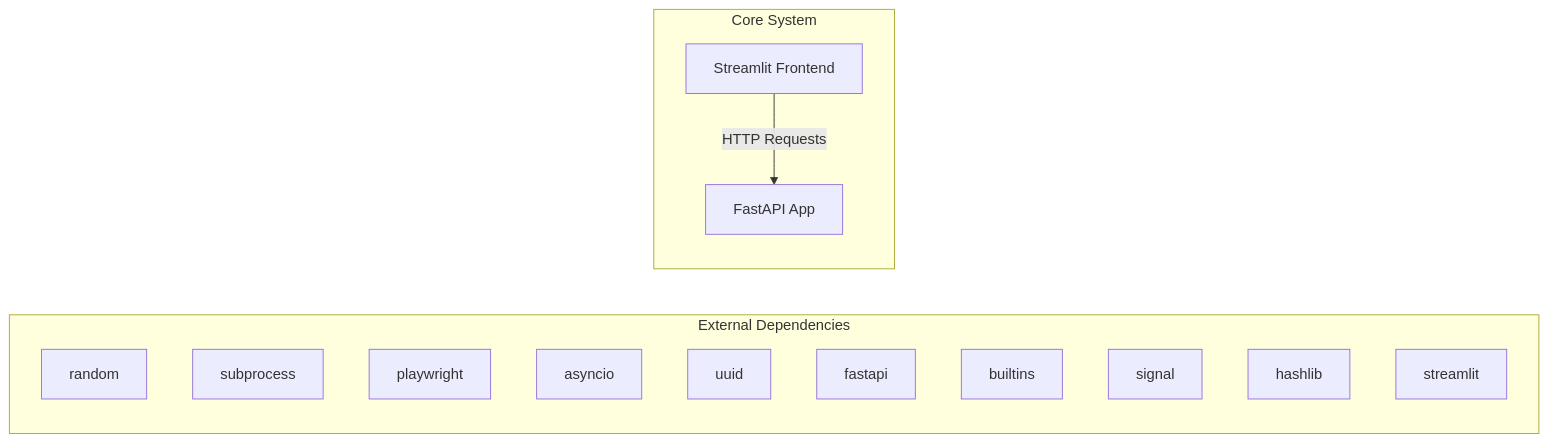
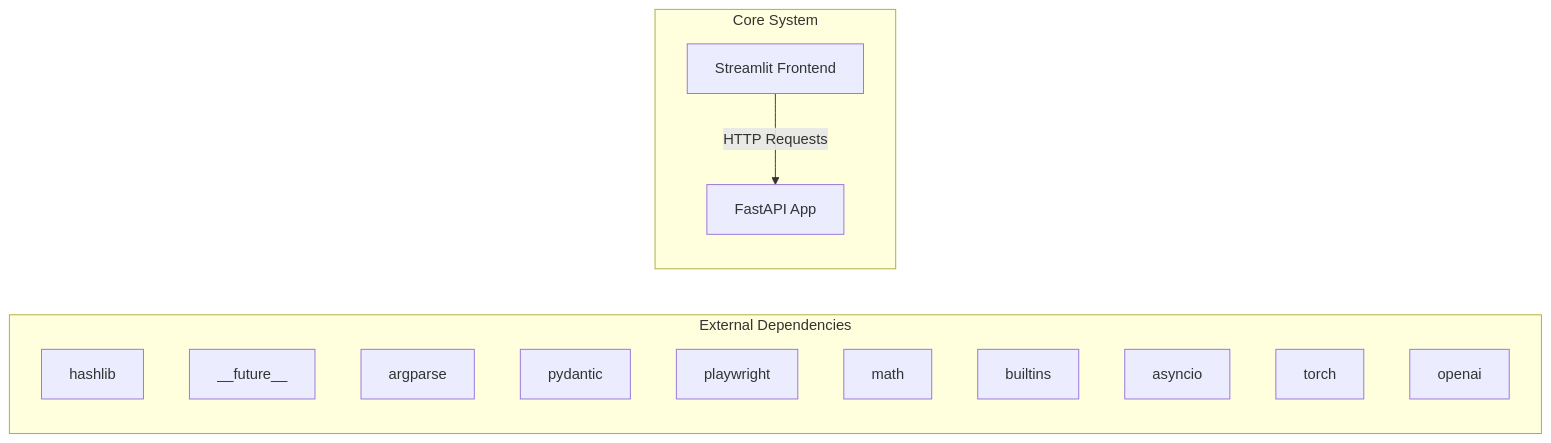
The first of 2 diagrams in docs/architecture.md (NITISH-R-G/rag-context-optimizer), drawn with Mermaid before and after one commit. The commit also changed 1 other file, not shown here.

Commit message:
docs: auto-update repository knowledge, architecture diagrams, and documentation

````diff
--- a/docs/architecture.md
+++ b/docs/architecture.md
@@ -7,20 +7,20 @@
 ```mermaid
 graph LR
     subgraph External Dependencies
-        E0["random"]
-        E1["subprocess"]
-        E2["playwright"]
-        E3["asyncio"]
-        E4["uuid"]
-        E5["fastapi"]
+        E0["hashlib"]
+        E1["__future__"]
+        E2["argparse"]
+        E3["pydantic"]
+        E4["playwright"]
+        E5["math"]
         E6["builtins"]
-        E7["signal"]
-        E8["hashlib"]
-        E9["streamlit"]
+        E7["asyncio"]
+        E8["torch"]
+        E9["openai"]
     end
     subgraph Core System
         API["FastAPI App"]
         UI["Streamlit Frontend"]
     end
     UI -->|HTTP Requests| API
 ```
````
